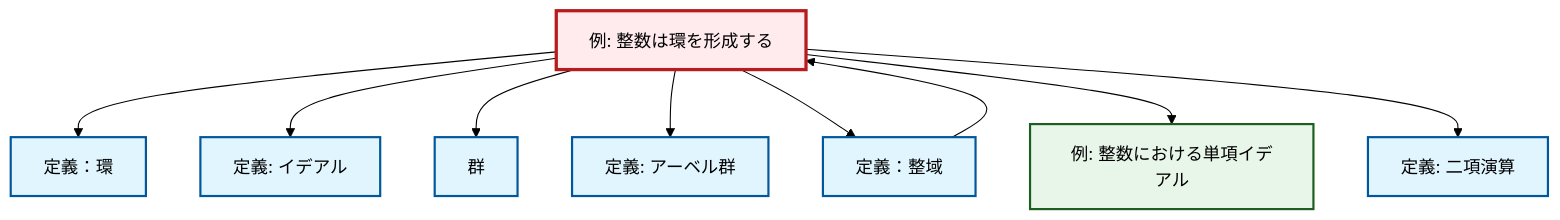
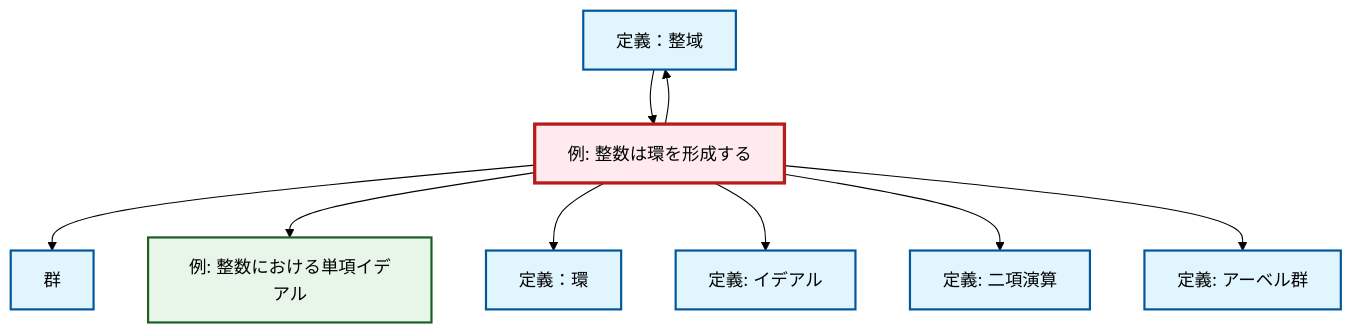
Before and after one commit to RK0429/ModernMath: the diagram in content/ja/algebra/ex-integers-ring.qmd, drawn with Mermaid (forest theme). The commit also changed 672 other files, not shown here.

````diff
--- a/content/ja/algebra/ex-integers-ring.qmd
+++ b/content/ja/algebra/ex-integers-ring.qmd
@@ -65,33 +65,33 @@
 ```{mermaid}
-%%| fig-cap: "Local dependency graph"
+%%| fig-cap: "ローカル依存関係グラフ"
 graph TD
     classDef definition fill:#e1f5fe,stroke:#01579b,stroke-width:2px
     classDef theorem fill:#f3e5f5,stroke:#4a148c,stroke-width:2px
     classDef axiom fill:#fff3e0,stroke:#e65100,stroke-width:2px
     classDef example fill:#e8f5e9,stroke:#1b5e20,stroke-width:2px
     classDef current fill:#ffebee,stroke:#b71c1c,stroke-width:3px
-    ex-integers-ring["例: 整数は環を形成する"]:::example
-    def-ring["定義：環"]:::definition
     def-binary-operation["定義: 二項演算"]:::definition
-    ex-principal-ideal["例: 整数における単項イデアル"]:::example
-    def-abelian-group["定義: アーベル群"]:::definition
     def-integral-domain["定義：整域"]:::definition
     def-ideal["定義: イデアル"]:::definition
+    def-ring["定義：環"]:::definition
     def-group["群"]:::definition
+    ex-principal-ideal["例: 整数における単項イデアル"]:::example
+    ex-integers-ring["例: 整数は環を形成する"]:::example
+    def-abelian-group["定義: アーベル群"]:::definition
+    ex-integers-ring --> def-group
+    ex-integers-ring --> ex-principal-ideal
     ex-integers-ring --> def-ring
+    def-integral-domain --> ex-integers-ring
+    ex-integers-ring --> def-integral-domain
     ex-integers-ring --> def-ideal
-    ex-integers-ring --> def-group
+    ex-integers-ring --> def-binary-operation
     ex-integers-ring --> def-abelian-group
-    ex-integers-ring --> def-integral-domain
-    ex-integers-ring --> ex-principal-ideal
-    ex-integers-ring --> def-binary-operation
-    def-integral-domain --> ex-integers-ring
     class ex-integers-ring current
+    click def-binary-operation "def-binary-operation.html" "二項演算の定義へ"
+    click def-integral-domain "def-integral-domain.html" "定義：整域へ"
+    click def-ideal "def-ideal.html" "イデアルの定義へ"
     click def-ring "def-ring.html" "定義：環へ"
-    click def-binary-operation "def-binary-operation.html" "二項演算の定義へ"
+    click def-group "def-group.html" "群へ"
     click ex-principal-ideal "ex-principal-ideal.html" "整数における単項イデアルの例へ"
     click def-abelian-group "def-abelian-group.html" "アーベル群の定義へ"
-    click def-integral-domain "def-integral-domain.html" "定義：整域へ"
-    click def-ideal "def-ideal.html" "イデアルの定義へ"
-    click def-group "def-group.html" "群へ"
 ```
````
